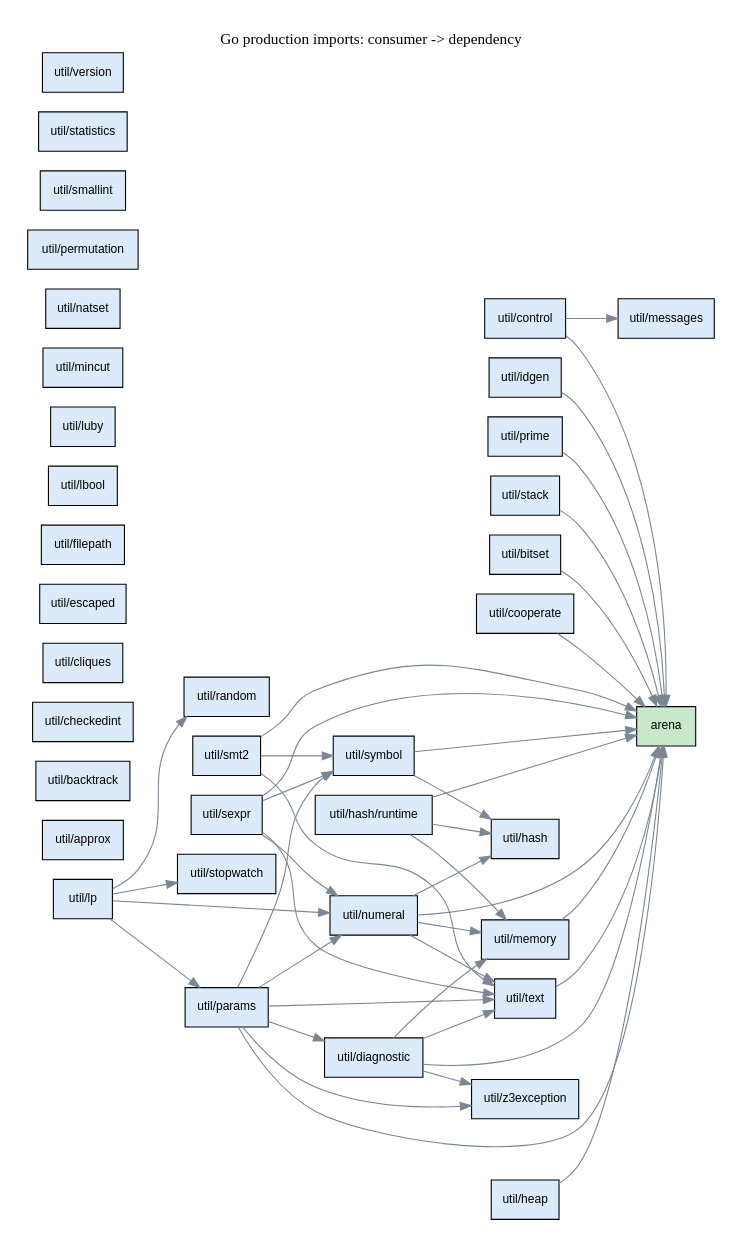
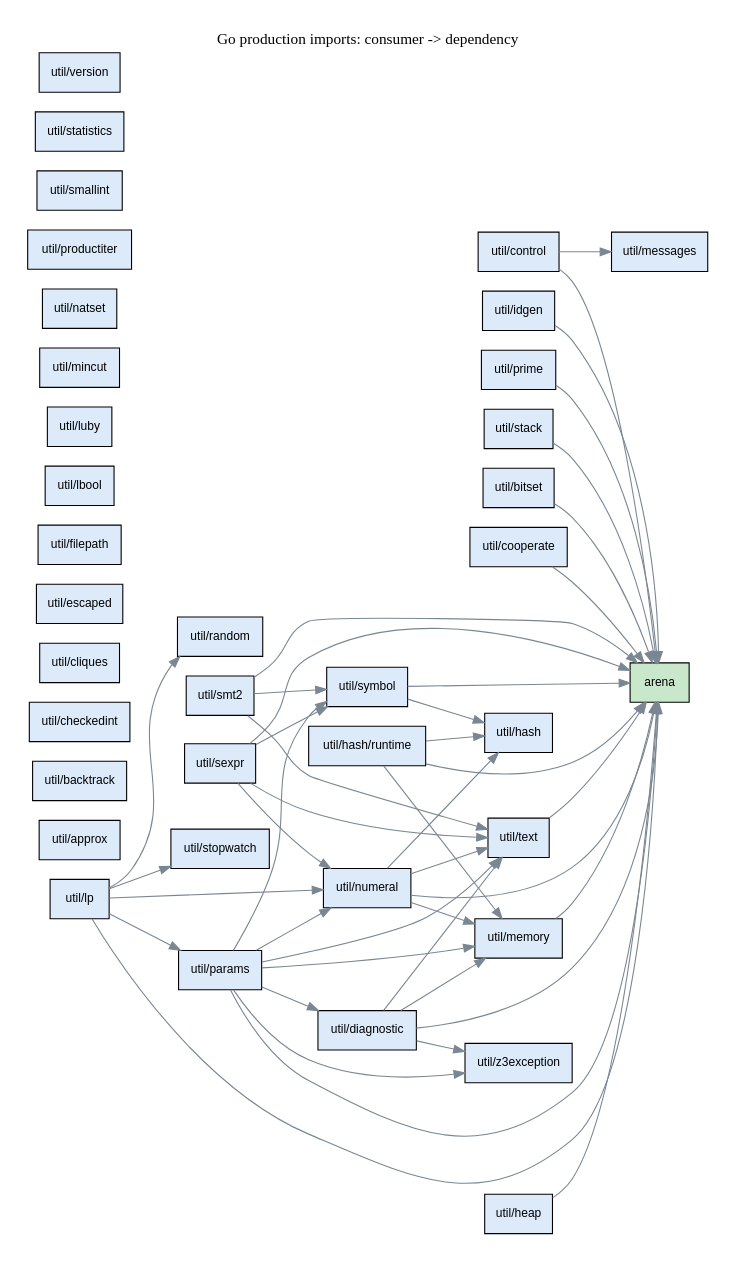
Before and after one commit to glycerine/g3-preview: the diagram in doc/util_dependencies.dot, drawn with Graphviz. The commit also changed 11 other files, not shown here.

```diff
--- a/doc/util_dependencies.dot
+++ b/doc/util_dependencies.dot
@@ -1,85 +1,87 @@
 digraph packages {
   rankdir=LR;
   graph [bgcolor=white, pad=0.25];
   node [shape=box, fontname="sans-serif", fontsize=11];
   edge [color="#7a8793"];
   label="Go production imports: consumer -> dependency";
   labelloc=t;
   "arena" [style=filled, fillcolor="#c9e8cb"];
   "util/approx" [style=filled, fillcolor="#dceafa"];
   "util/backtrack" [style=filled, fillcolor="#dceafa"];
   "util/bitset" [style=filled, fillcolor="#dceafa"];
   "util/bitset" -> "arena";
   "util/checkedint" [style=filled, fillcolor="#dceafa"];
   "util/cliques" [style=filled, fillcolor="#dceafa"];
   "util/control" [style=filled, fillcolor="#dceafa"];
   "util/control" -> "arena";
   "util/control" -> "util/messages";
   "util/cooperate" [style=filled, fillcolor="#dceafa"];
   "util/cooperate" -> "arena";
   "util/diagnostic" [style=filled, fillcolor="#dceafa"];
   "util/diagnostic" -> "arena";
   "util/diagnostic" -> "util/memory";
   "util/diagnostic" -> "util/text";
   "util/diagnostic" -> "util/z3exception";
   "util/escaped" [style=filled, fillcolor="#dceafa"];
   "util/filepath" [style=filled, fillcolor="#dceafa"];
   "util/hash" [style=filled, fillcolor="#dceafa"];
   "util/hash/runtime" [style=filled, fillcolor="#dceafa"];
   "util/hash/runtime" -> "arena";
   "util/hash/runtime" -> "util/hash";
   "util/hash/runtime" -> "util/memory";
   "util/heap" [style=filled, fillcolor="#dceafa"];
   "util/heap" -> "arena";
   "util/idgen" [style=filled, fillcolor="#dceafa"];
   "util/idgen" -> "arena";
   "util/lbool" [style=filled, fillcolor="#dceafa"];
   "util/lp" [style=filled, fillcolor="#dceafa"];
+  "util/lp" -> "arena";
   "util/lp" -> "util/numeral";
   "util/lp" -> "util/params";
   "util/lp" -> "util/random";
   "util/lp" -> "util/stopwatch";
   "util/luby" [style=filled, fillcolor="#dceafa"];
   "util/memory" [style=filled, fillcolor="#dceafa"];
   "util/memory" -> "arena";
   "util/messages" [style=filled, fillcolor="#dceafa"];
   "util/mincut" [style=filled, fillcolor="#dceafa"];
   "util/natset" [style=filled, fillcolor="#dceafa"];
   "util/numeral" [style=filled, fillcolor="#dceafa"];
   "util/numeral" -> "arena";
   "util/numeral" -> "util/hash";
   "util/numeral" -> "util/memory";
   "util/numeral" -> "util/text";
   "util/params" [style=filled, fillcolor="#dceafa"];
   "util/params" -> "arena";
   "util/params" -> "util/diagnostic";
+  "util/params" -> "util/memory";
   "util/params" -> "util/numeral";
   "util/params" -> "util/symbol";
   "util/params" -> "util/text";
   "util/params" -> "util/z3exception";
-  "util/permutation" [style=filled, fillcolor="#dceafa"];
   "util/prime" [style=filled, fillcolor="#dceafa"];
   "util/prime" -> "arena";
+  "util/productiter" [style=filled, fillcolor="#dceafa"];
   "util/random" [style=filled, fillcolor="#dceafa"];
   "util/sexpr" [style=filled, fillcolor="#dceafa"];
   "util/sexpr" -> "arena";
   "util/sexpr" -> "util/numeral";
   "util/sexpr" -> "util/symbol";
   "util/sexpr" -> "util/text";
   "util/smallint" [style=filled, fillcolor="#dceafa"];
   "util/smt2" [style=filled, fillcolor="#dceafa"];
   "util/smt2" -> "arena";
   "util/smt2" -> "util/symbol";
   "util/smt2" -> "util/text";
   "util/stack" [style=filled, fillcolor="#dceafa"];
   "util/stack" -> "arena";
   "util/statistics" [style=filled, fillcolor="#dceafa"];
   "util/stopwatch" [style=filled, fillcolor="#dceafa"];
   "util/symbol" [style=filled, fillcolor="#dceafa"];
   "util/symbol" -> "arena";
   "util/symbol" -> "util/hash";
   "util/text" [style=filled, fillcolor="#dceafa"];
   "util/text" -> "arena";
   "util/version" [style=filled, fillcolor="#dceafa"];
   "util/z3exception" [style=filled, fillcolor="#dceafa"];
 }
```
